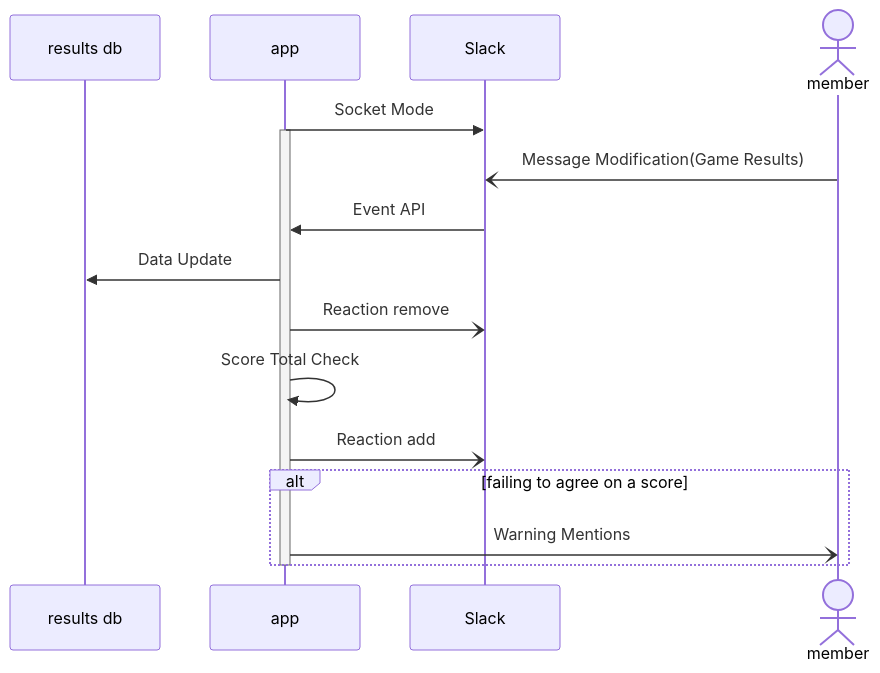
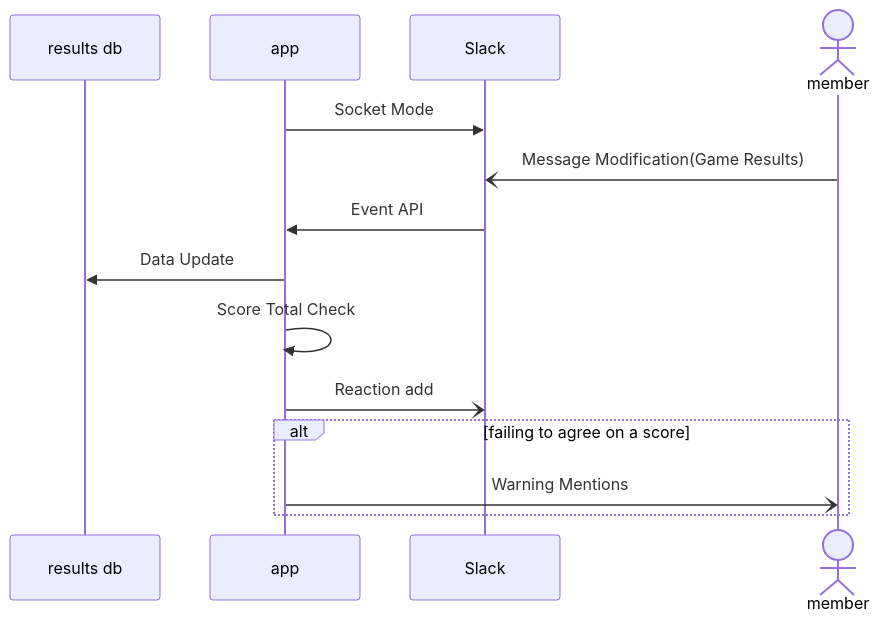
One commit to togakushi/slack-mahjong-score-management changed the second of 4 diagrams in docs/architecture.md. Above: the diagram before and after it, drawn with Mermaid. The commit also changed other lines of this file and 4 other files, not shown here.

````diff
--- a/docs/architecture.md
+++ b/docs/architecture.md
@@ -24,20 +24,17 @@
 ```mermaid
 sequenceDiagram
     participant results db
     participant app
     participant Slack
     actor member
 
     app->>Slack: Socket Mode
-    activate app
     member-)Slack: Message Modification(Game Results)
     Slack->>app: Event API
     app->>results db: Data Update
-    app-)Slack: Reaction remove
     app->>app: Score Total Check
     app-)Slack: Reaction add
     alt failing to agree on a score
     app-)member: Warning Mentions
     end
-    deactivate app
 ```
````
